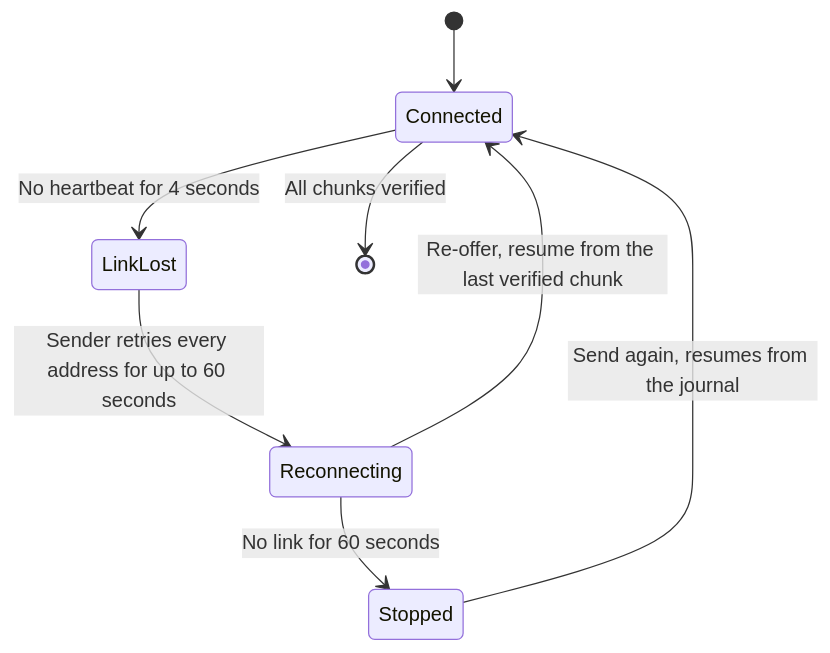
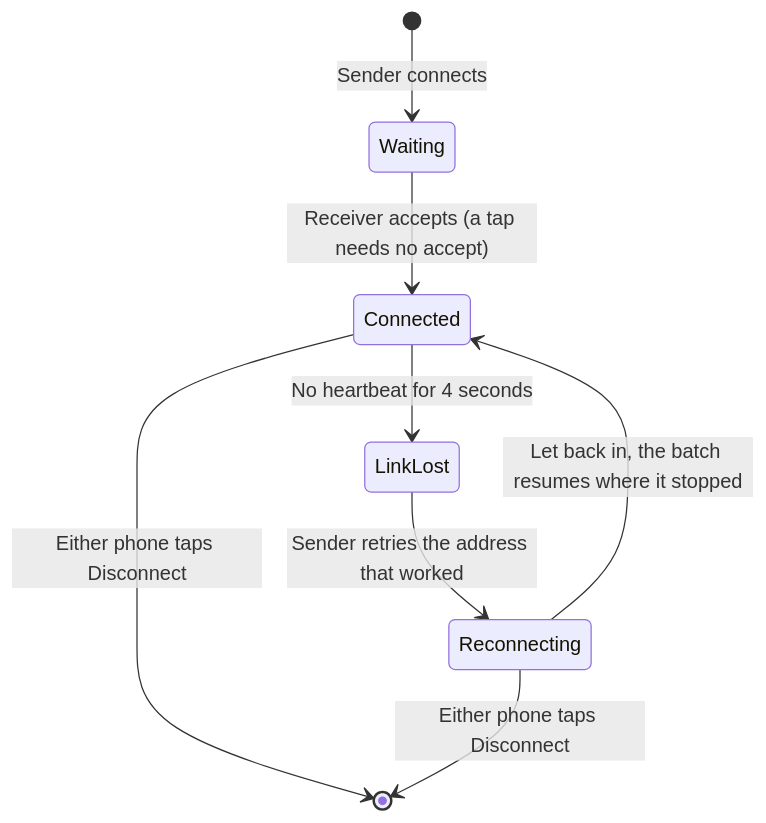
One commit to vishalpa8/Nearvolt changed the second of 3 diagrams in docs/architecture.md. Above: the diagram before and after it, drawn with Mermaid. The commit also changed other lines of this file and 45 other files, not shown here.

````diff
--- a/docs/architecture.md
+++ b/docs/architecture.md
@@ -84,10 +92,10 @@
 ```mermaid
 stateDiagram-v2
-    [*] --> Connected
+    [*] --> Waiting: Sender connects
+    Waiting --> Connected: Receiver accepts (a tap needs no accept)
     Connected --> LinkLost: No heartbeat for 4 seconds
-    LinkLost --> Reconnecting: Sender retries every address for up to 60 seconds
-    Reconnecting --> Connected: Re-offer, resume from the last verified chunk
-    Reconnecting --> Stopped: No link for 60 seconds
-    Stopped --> Connected: Send again, resumes from the journal
-    Connected --> [*]: All chunks verified
+    LinkLost --> Reconnecting: Sender retries the address that worked
+    Reconnecting --> Connected: Let back in, the batch resumes where it stopped
+    Connected --> [*]: Either phone taps Disconnect
+    Reconnecting --> [*]: Either phone taps Disconnect
 ```
````
